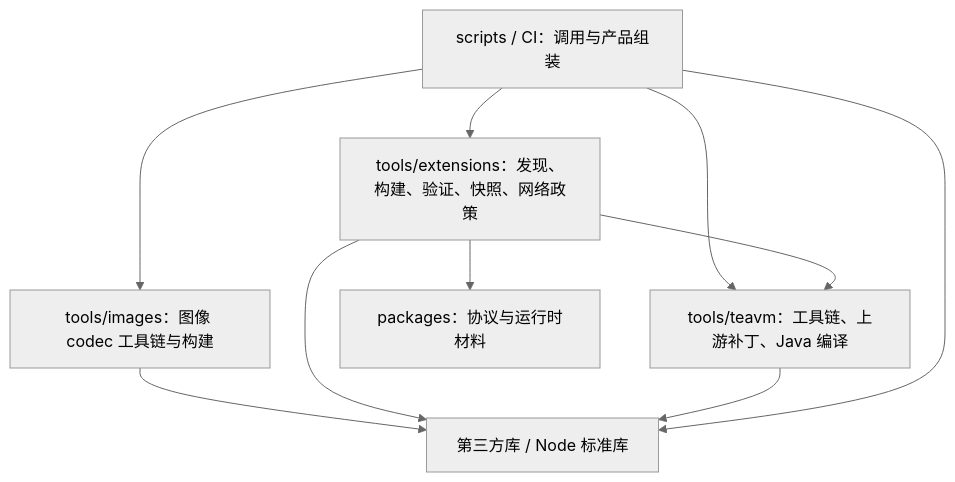
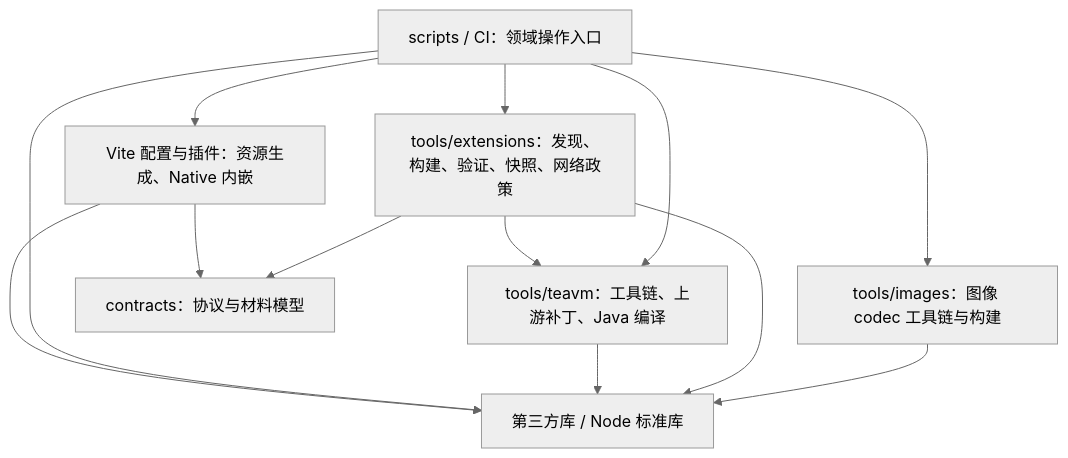
One commit to Wybxc/karuyomi changed the diagram in docs/TOOLING.md. Above: the diagram before and after it, drawn with Mermaid (neutral theme). The commit also changed other lines of this file and 143 other files, not shown here.

````diff
--- a/docs/TOOLING.md
+++ b/docs/TOOLING.md
@@ -9,12 +9,15 @@
 ```mermaid
 flowchart TD
-  CLI["scripts / CI：调用与产品组装"] --> EXT["tools/extensions：发现、构建、验证、快照、网络政策"]
+  CLI["scripts / CI：领域操作入口"] --> EXT["tools/extensions：发现、构建、验证、快照、网络政策"]
   CLI --> IMG["tools/images：图像 codec 工具链与构建"]
   IMG --> BASE
   CLI --> JVM["tools/teavm：工具链、上游补丁、Java 编译"]
   EXT --> JVM
   EXT --> BASE["第三方库 / Node 标准库"]
   JVM --> BASE
   CLI --> BASE
-  EXT --> CONTRACT["packages：协议与运行时材料"]
+  EXT --> CONTRACT["contracts：协议与材料模型"]
+  CLI --> VITE["Vite 配置与插件：资源生成、Native 内嵌"]
+  VITE --> CONTRACT
+  VITE --> BASE
 ```
````
